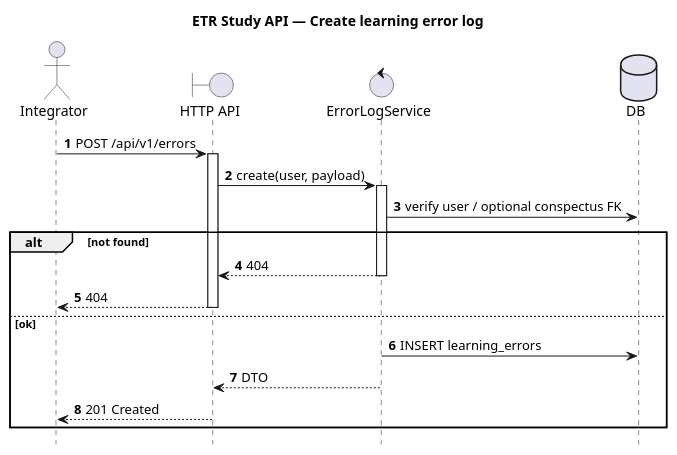
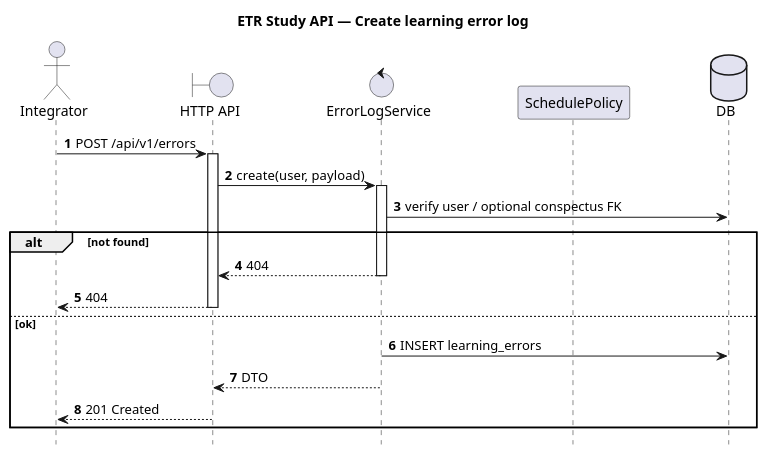
Before and after one commit to iboiarkin96/etr_study_api: the diagram in docs/uml/sequences/error_log_sequence.puml, drawn with PlantUML. The commit also changed 23 other files, not shown here.

```diff
--- a/docs/uml/sequences/error_log_sequence.puml
+++ b/docs/uml/sequences/error_log_sequence.puml
@@ -1,31 +1,35 @@
 @startuml
 title ETR Study API — Create learning error log
 
 autonumber
 hide footbox
+' Same participant order as create/review sequences (Policy between service and DB). This flow
+' does not call Policy; the lifeline stays idle so the export width matches the other diagrams.
+skinparam ParticipantPadding 71
 
 actor "Integrator" as Client
 boundary "HTTP API" as Api
 control "ErrorLogService" as Service
+participant "SchedulePolicy" as Policy
 database "DB" as Db
 
 Client -> Api: POST /api/v1/errors
 activate Api
 Api -> Service: create(user, payload)
 activate Service
 Service -> Db: verify user / optional conspectus FK
 
 alt not found
   Service --> Api: 404
   deactivate Service
   Api --> Client: 404
   deactivate Api
 else ok
   Service -> Db: INSERT learning_errors
   Service --> Api: DTO
   deactivate Service
   Api --> Client: 201 Created
   deactivate Api
 end
 
 @enduml
```
